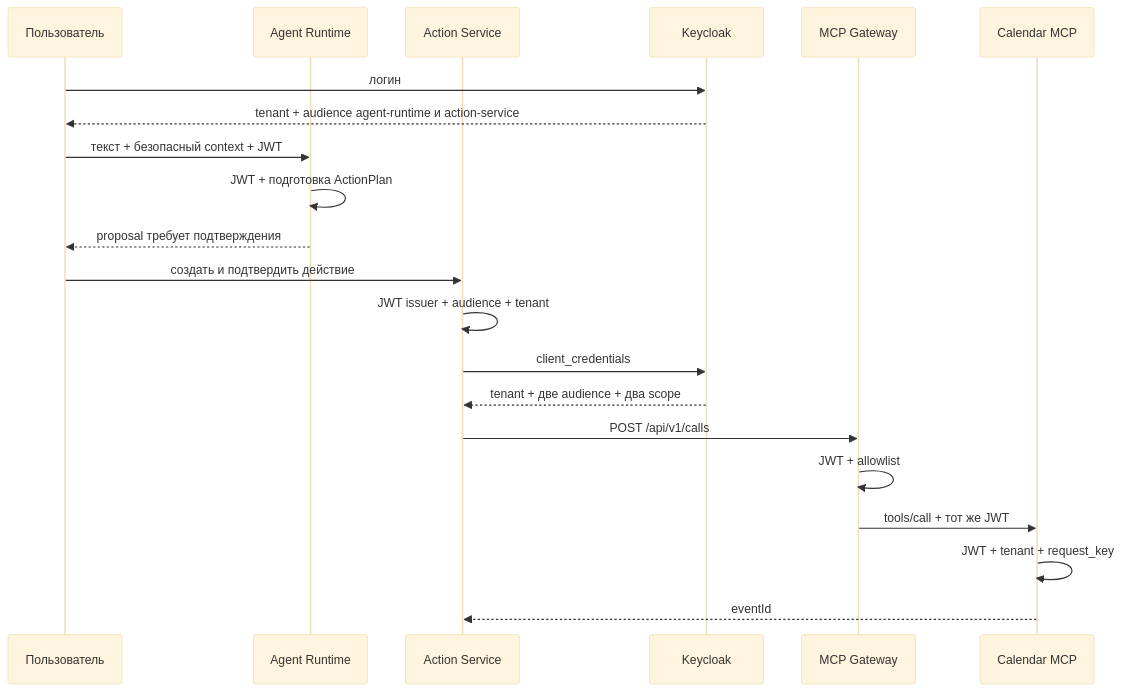
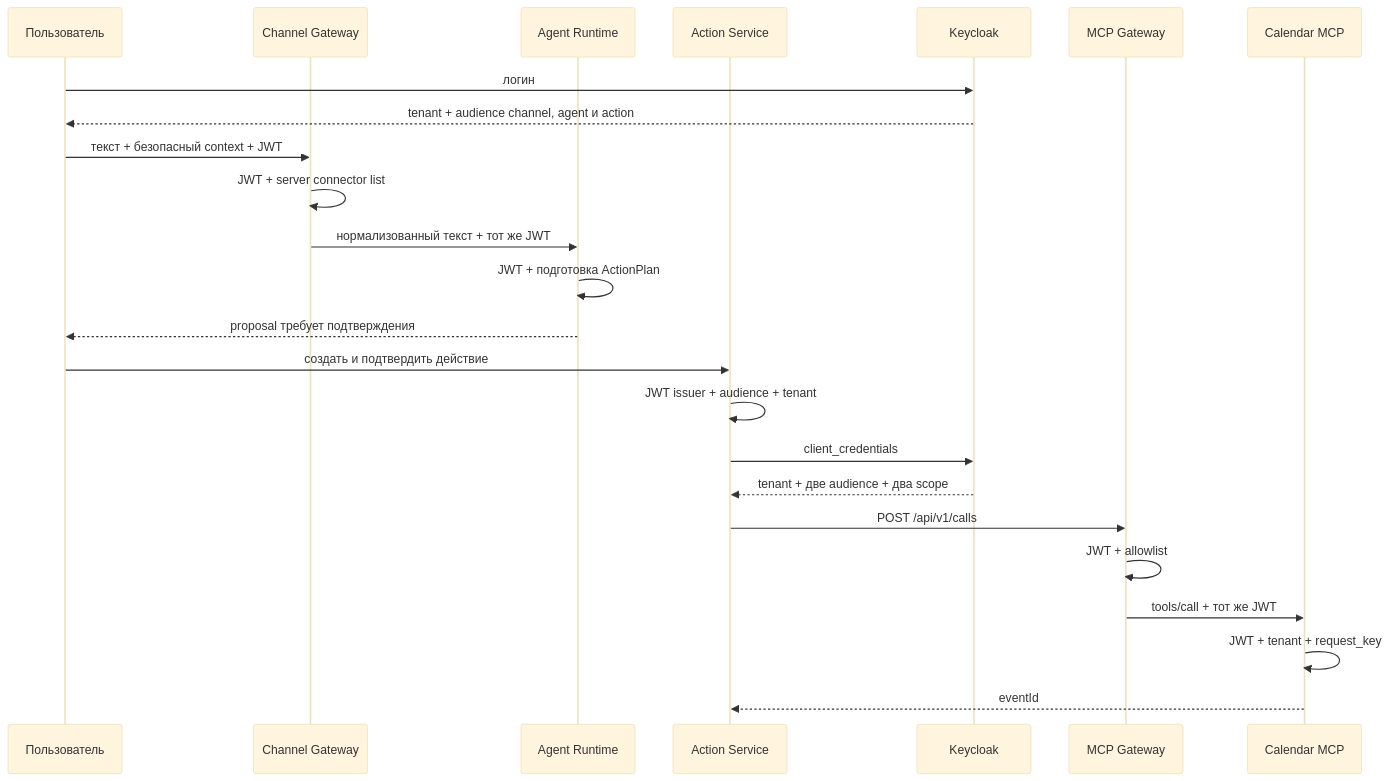
One commit to portable-agent/deploy changed the diagram in docs/architecture.md. Above: the diagram before and after it, drawn with Mermaid (base theme). The commit also changed other lines of this file and 12 other files, not shown here.

First line of the commit message:
feat: включить Channel Gateway в полный локальный срез

````diff
--- a/docs/architecture.md
+++ b/docs/architecture.md
@@ -25,24 +25,27 @@
 ```mermaid
 sequenceDiagram
     participant User as Пользователь
+    participant Channel as Channel Gateway
     participant Agent as Agent Runtime
     participant Action as Action Service
     participant Keycloak
     participant Gateway as MCP Gateway
     participant Calendar as Calendar MCP
 
     User->>Keycloak: логин
-    Keycloak-->>User: tenant + audience agent-runtime и action-service
-    User->>Agent: текст + безопасный context + JWT
+    Keycloak-->>User: tenant + audience channel, agent и action
+    User->>Channel: текст + безопасный context + JWT
+    Channel->>Channel: JWT + server connector list
+    Channel->>Agent: нормализованный текст + тот же JWT
     Agent->>Agent: JWT + подготовка ActionPlan
     Agent-->>User: proposal требует подтверждения
     User->>Action: создать и подтвердить действие
     Action->>Action: JWT issuer + audience + tenant
     Action->>Keycloak: client_credentials
     Keycloak-->>Action: tenant + две audience + два scope
     Action->>Gateway: POST /api/v1/calls
     Gateway->>Gateway: JWT + allowlist
     Gateway->>Calendar: tools/call + тот же JWT
     Calendar->>Calendar: JWT + tenant + request_key
     Calendar-->>Action: eventId
 ```
````
